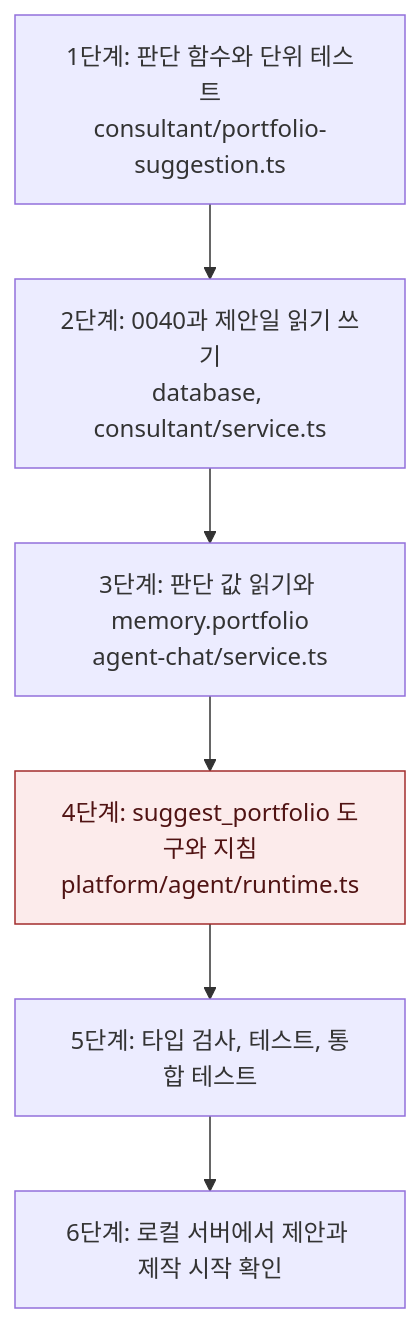
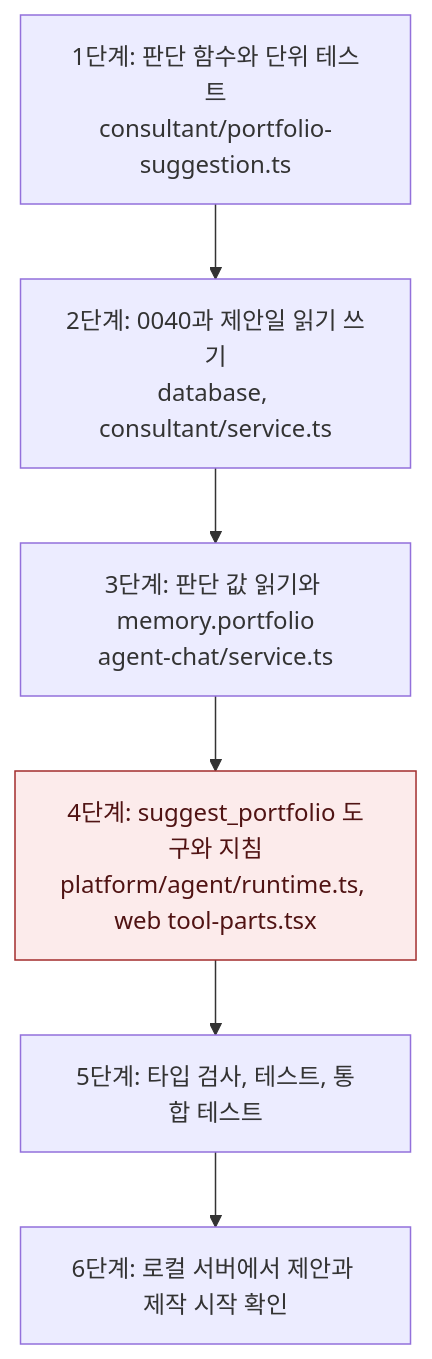
One commit to Expresso-Organization/expresso changed the diagram in .intent/plan_consultant-portfolio.md. Above: the diagram before and after it, drawn with Mermaid. The commit also changed other lines of this file and 22 other files, not shown here.

````diff
--- a/.intent/plan_consultant-portfolio.md
+++ b/.intent/plan_consultant-portfolio.md
@@ -50,9 +52,9 @@
 ```mermaid
 flowchart TD
   S1["1단계: 판단 함수와 단위 테스트<br/>consultant/portfolio-suggestion.ts"] --> S2["2단계: 0040과 제안일 읽기 쓰기<br/>database, consultant/service.ts"]
   S2 --> S3["3단계: 판단 값 읽기와 memory.portfolio<br/>agent-chat/service.ts"]
-  S3 --> S4["4단계: suggest_portfolio 도구와 지침<br/>platform/agent/runtime.ts"]:::risk
+  S3 --> S4["4단계: suggest_portfolio 도구와 지침<br/>platform/agent/runtime.ts, web tool-parts.tsx"]:::risk
   S4 --> S5["5단계: 타입 검사, 테스트, 통합 테스트"]
   S5 --> S6["6단계: 로컬 서버에서 제안과 제작 시작 확인"]
   classDef risk fill:#FCEBEB,stroke:#A32D2D,color:#501313
 ```
````
